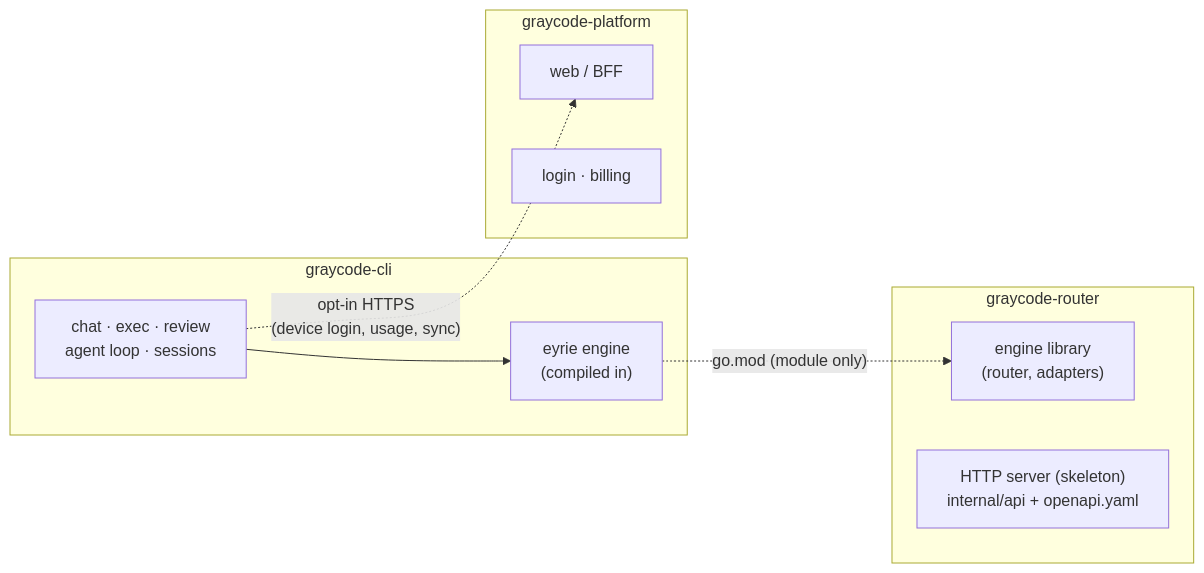
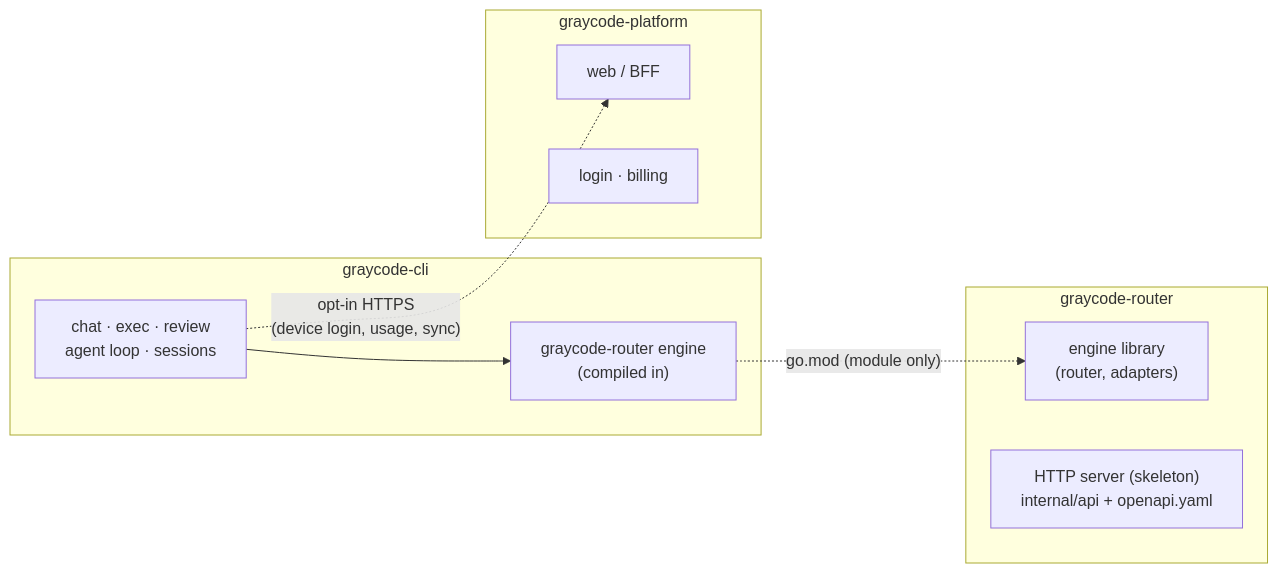
The first of 2 diagrams in docs/design/three-repo-architecture.md (GrayCodeAI/graycode-cli), drawn with Mermaid before and after one commit. The commit also changed other lines of this file, not shown here.

Commit message:
docs: rename eyrie to graycode-router in three-repo architecture

````diff
--- a/docs/design/three-repo-architecture.md
+++ b/docs/design/three-repo-architecture.md
@@ -9,21 +9,21 @@
 ```mermaid
 flowchart LR
     subgraph CLI["graycode-cli"]
         TUI["chat · exec · review\nagent loop · sessions"]
-        ENG["eyrie engine\n(compiled in)"]
+        ENG["graycode-router engine\n(compiled in)"]
     end
 
     subgraph ROUTER["graycode-router"]
         LIB["engine library\n(router, adapters)"]
         SRV["HTTP server (skeleton)\ninternal/api + openapi.yaml"]
     end
 
     subgraph PLAT["graycode-platform"]
         WEB["web / BFF"]
         AUTH["login · billing"]
     end
 
     TUI --> ENG
     ENG -. "go.mod (module only)" .-> LIB
     TUI -. "opt-in HTTPS\n(device login, usage, sync)" .-> WEB
 ```
````
